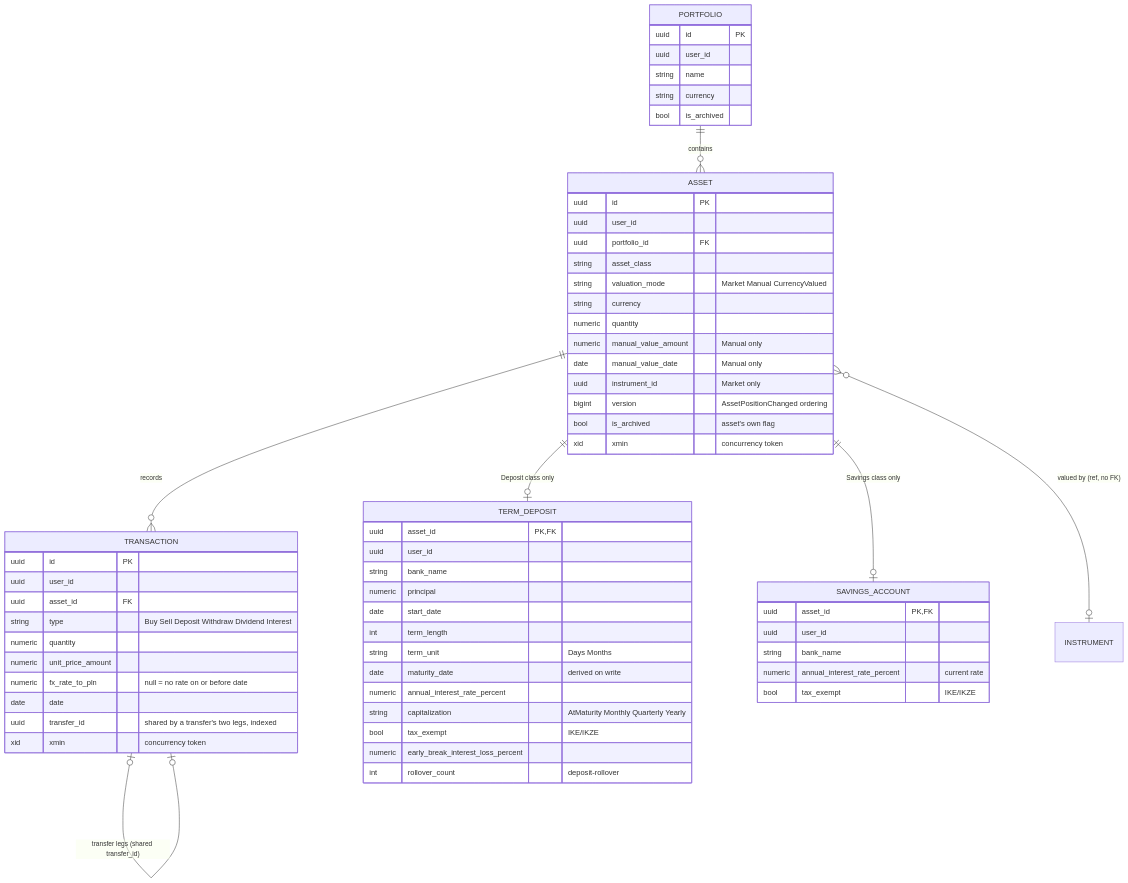
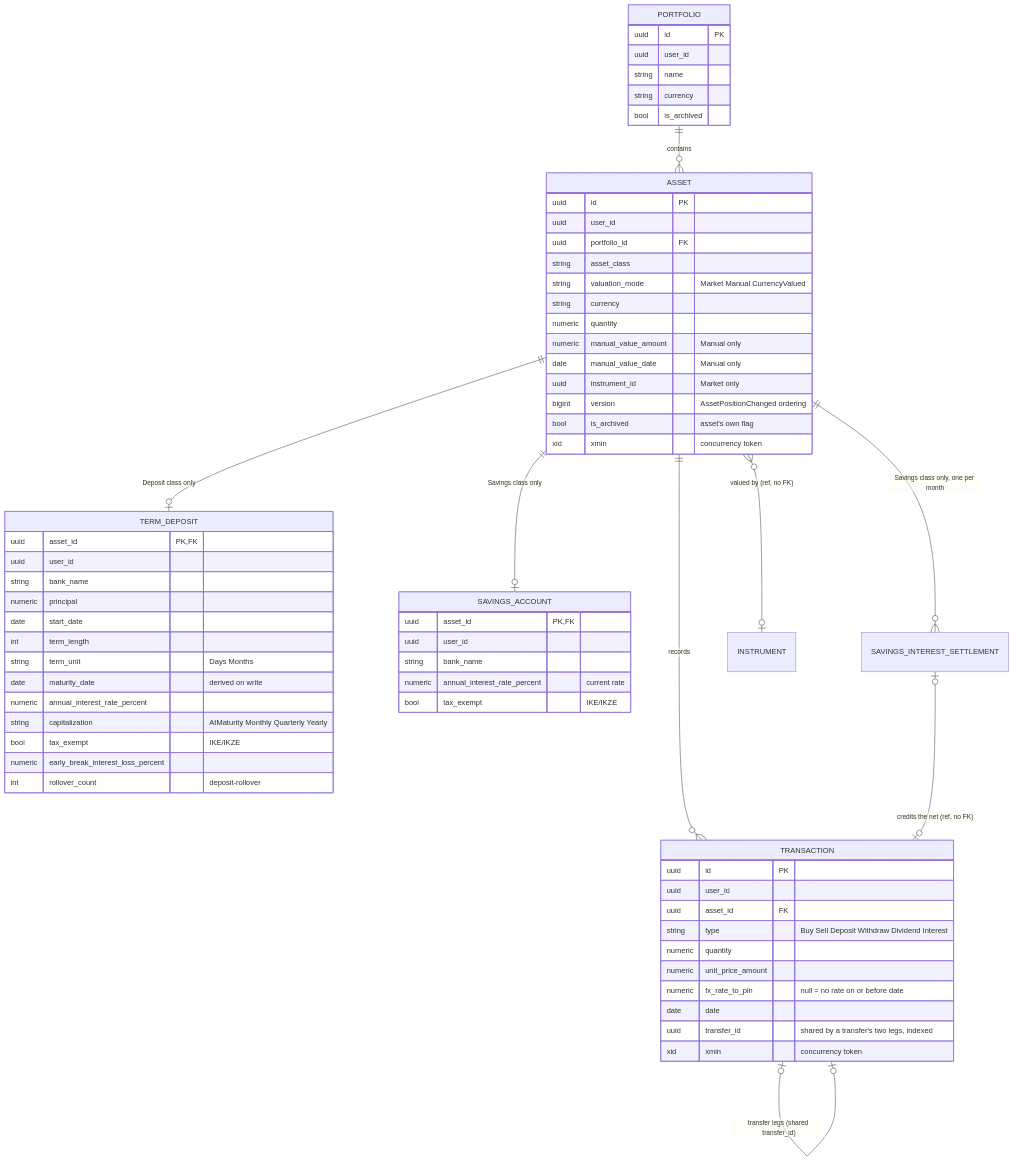
Before and after one commit to Maliniak93/FinMel: the first of 3 diagrams in skarbiec-plan/domain.md, drawn with Mermaid. The commit also changed other lines of this file and 78 other files, not shown here.

First line of the commit message:
Savings accounts: monthly interest settlement (#153)

````diff
--- a/skarbiec-plan/domain.md
+++ b/skarbiec-plan/domain.md
@@ -46,65 +49,67 @@
 ```mermaid
 erDiagram
     PORTFOLIO ||--o{ ASSET : contains
     ASSET ||--o{ TRANSACTION : records
     TRANSACTION |o--o| TRANSACTION : "transfer legs (shared transfer_id)"
     ASSET ||--o| TERM_DEPOSIT : "Deposit class only"
     ASSET ||--o| SAVINGS_ACCOUNT : "Savings class only"
+    ASSET ||--o{ SAVINGS_INTEREST_SETTLEMENT : "Savings class only, one per month"
+    SAVINGS_INTEREST_SETTLEMENT |o--o| TRANSACTION : "credits the net (ref, no FK)"
     ASSET }o--o| INSTRUMENT : "valued by (ref, no FK)"
     PORTFOLIO {
         uuid id PK
         uuid user_id
         string name
         string currency
         bool is_archived
     }
     ASSET {
         uuid id PK
         uuid user_id
         uuid portfolio_id FK
         string asset_class
         string valuation_mode "Market Manual CurrencyValued"
         string currency
         numeric quantity
         numeric manual_value_amount "Manual only"
         date manual_value_date "Manual only"
         uuid instrument_id "Market only"
         bigint version "AssetPositionChanged ordering"
         bool is_archived "asset's own flag"
         xid xmin "concurrency token"
     }
     TRANSACTION {
         uuid id PK
         uuid user_id
         uuid asset_id FK
         string type "Buy Sell Deposit Withdraw Dividend Interest"
         numeric quantity
         numeric unit_price_amount
         numeric fx_rate_to_pln "null = no rate on or before date"
         date date
         uuid transfer_id "shared by a transfer's two legs, indexed"
         xid xmin "concurrency token"
     }
     TERM_DEPOSIT {
         uuid asset_id PK, FK
         uuid user_id
         string bank_name
         numeric principal
         date start_date
         int term_length
         string term_unit "Days Months"
         date maturity_date "derived on write"
         numeric annual_interest_rate_percent
         string capitalization "AtMaturity Monthly Quarterly Yearly"
         bool tax_exempt "IKE/IKZE"
         numeric early_break_interest_loss_percent
         int rollover_count "deposit-rollover"
     }
     SAVINGS_ACCOUNT {
         uuid asset_id PK, FK
         uuid user_id
         string bank_name
         numeric annual_interest_rate_percent "current rate"
         bool tax_exempt "IKE/IKZE"
     }
 ```
````
